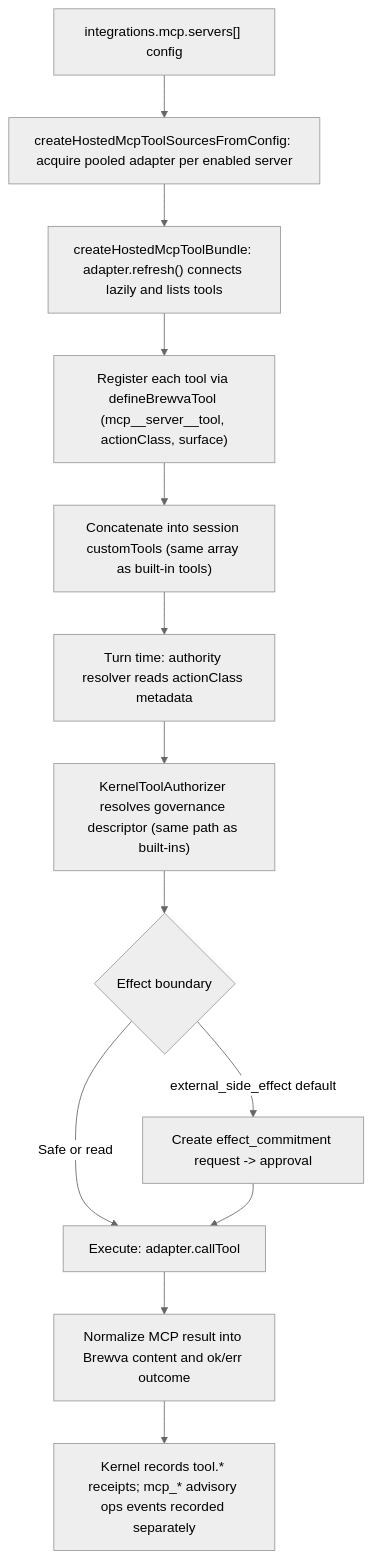
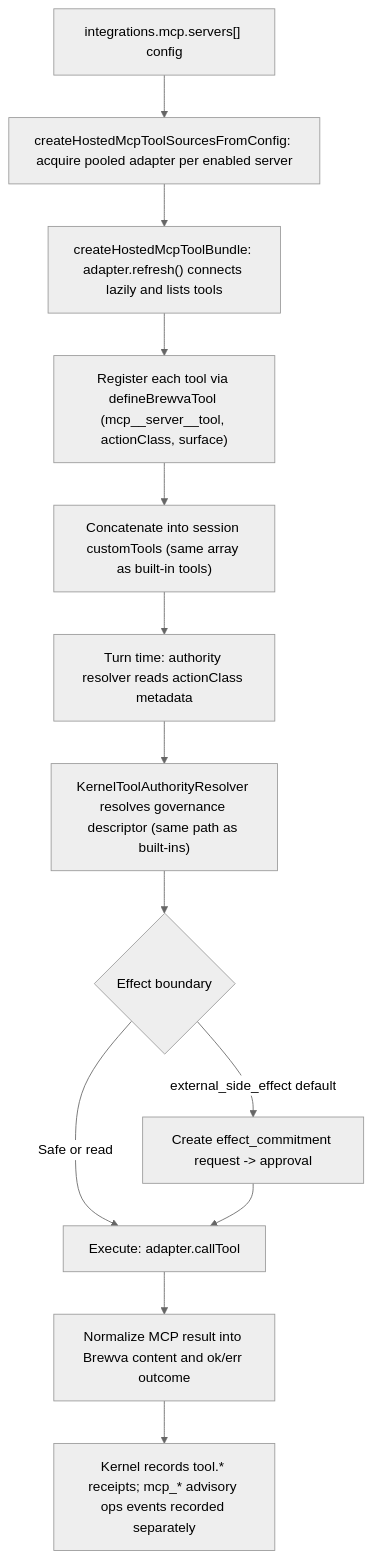
Before and after one commit to arcthur/brewva: the diagram in docs/journeys/operator/mcp-tool-integration.md, drawn with Mermaid (neutral theme). The commit also changed other lines of this file and 51 other files, not shown here.

````diff
--- a/docs/journeys/operator/mcp-tool-integration.md
+++ b/docs/journeys/operator/mcp-tool-integration.md
@@ -54,15 +54,15 @@
 ```mermaid
 flowchart TD
   A["integrations.mcp.servers[] config"] --> B["createHostedMcpToolSourcesFromConfig: acquire pooled adapter per enabled server"]
   B --> C["createHostedMcpToolBundle: adapter.refresh() connects lazily and lists tools"]
   C --> D["Register each tool via defineBrewvaTool (mcp__server__tool, actionClass, surface)"]
   D --> E["Concatenate into session customTools (same array as built-in tools)"]
   E --> F["Turn time: authority resolver reads actionClass metadata"]
-  F --> G["KernelToolAuthorizer resolves governance descriptor (same path as built-ins)"]
+  F --> G["KernelToolAuthorityResolver resolves governance descriptor (same path as built-ins)"]
   G --> H{"Effect boundary"}
   H -->|Safe or read| I["Execute: adapter.callTool"]
   H -->|external_side_effect default| J["Create effect_commitment request -> approval"]
   J --> I
   I --> K["Normalize MCP result into Brewva content and ok/err outcome"]
   K --> L["Kernel records tool.* receipts; mcp_* advisory ops events recorded separately"]
 ```
````
